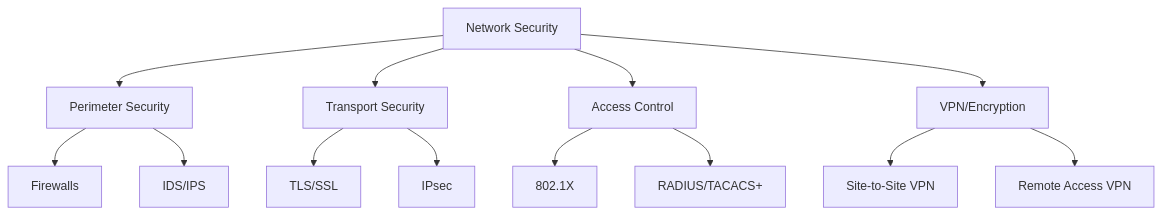
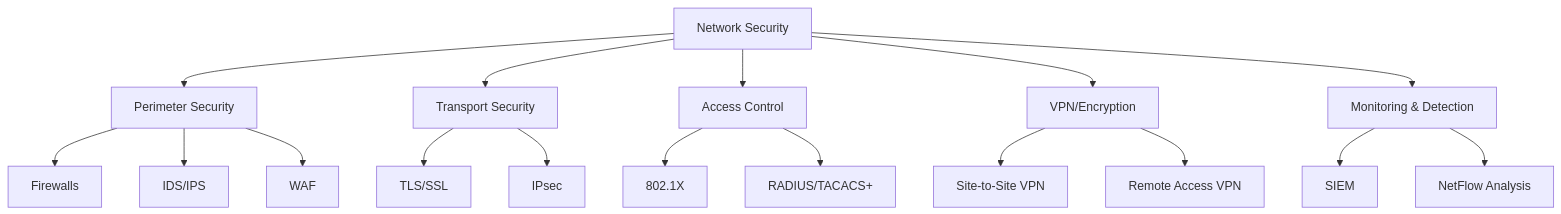
One commit to vanos001/placement_prep changed the second of 5 diagrams in src/networks/security/README.md. Above: the diagram before and after it, drawn with Mermaid. The commit also changed other lines of this file and 8 other files, not shown here.

````diff
--- a/src/networks/security/README.md
+++ b/src/networks/security/README.md
@@ -11,15 +33,19 @@
 ```mermaid
 graph TD
     A[Network Security] --> B[Perimeter Security]
     A --> C[Transport Security]
     A --> D[Access Control]
     A --> E[VPN/Encryption]
-    B --> F[Firewalls]
-    B --> G[IDS/IPS]
-    C --> H[TLS/SSL]
-    C --> I[IPsec]
-    D --> J[802.1X]
-    D --> K[RADIUS/TACACS+]
-    E --> L[Site-to-Site VPN]
-    E --> M[Remote Access VPN]
+    A --> F[Monitoring & Detection]
+    B --> G[Firewalls]
+    B --> H[IDS/IPS]
+    B --> I[WAF]
+    C --> J[TLS/SSL]
+    C --> K[IPsec]
+    D --> L[802.1X]
+    D --> M[RADIUS/TACACS+]
+    E --> N[Site-to-Site VPN]
+    E --> O[Remote Access VPN]
+    F --> P[SIEM]
+    F --> Q[NetFlow Analysis]
 ```
````
